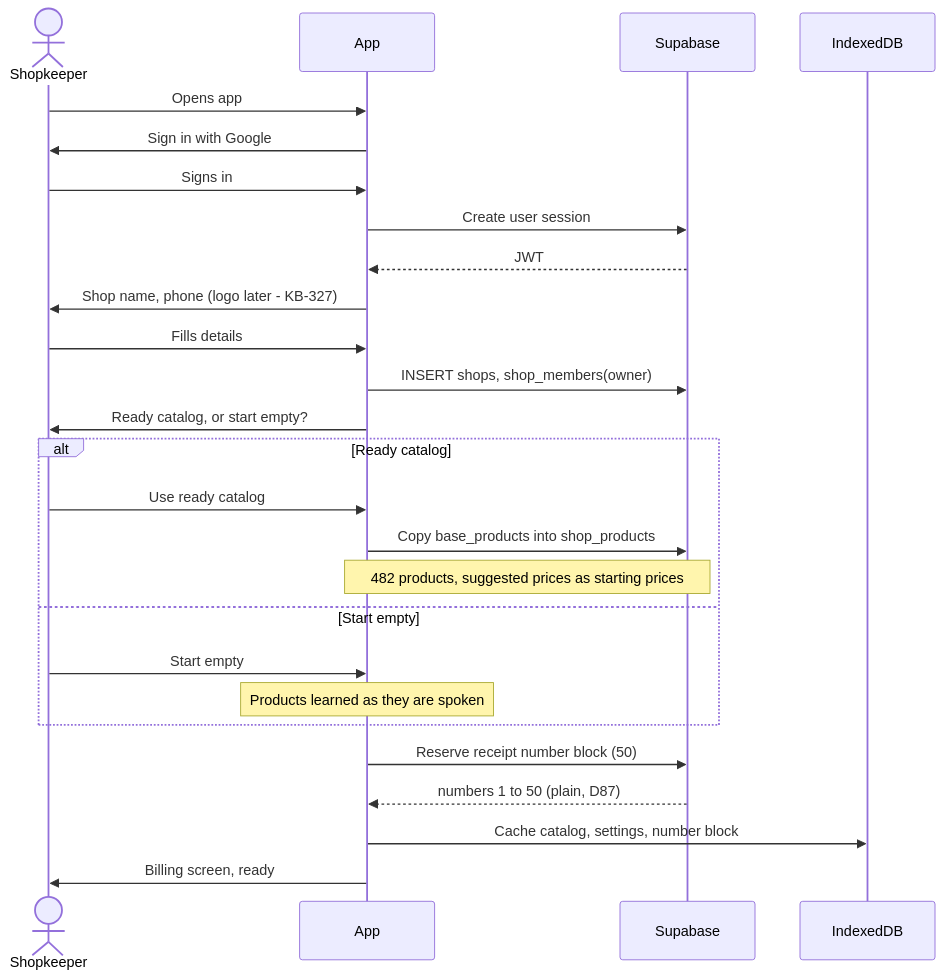
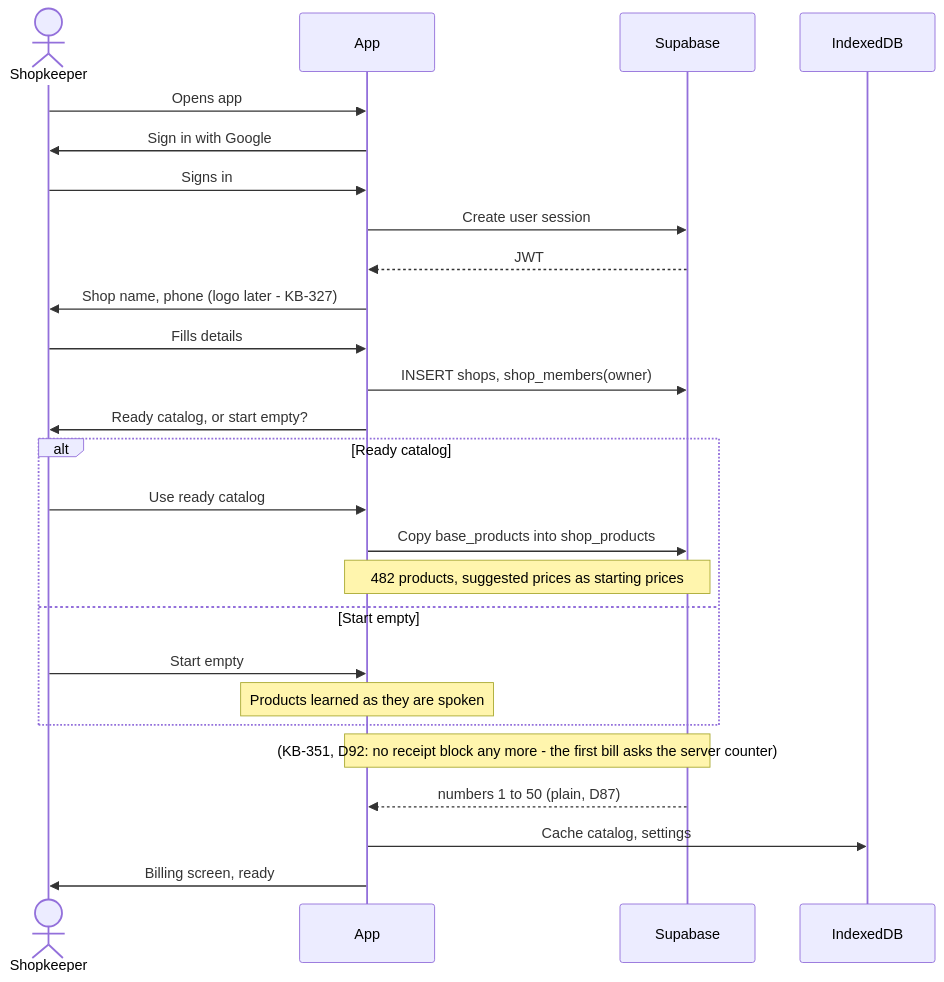
Before and after one commit to anshg05/kiranabill: the second of 8 diagrams in docs/16-APP-FLOW.md, drawn with Mermaid. The commit also changed other lines of this file and 67 other files, not shown here.

````diff
--- a/docs/16-APP-FLOW.md
+++ b/docs/16-APP-FLOW.md
@@ -45,32 +45,32 @@
 ```mermaid
 sequenceDiagram
     actor Shopkeeper
     participant App
     participant Supabase
     participant Local as IndexedDB
 
     Shopkeeper->>App: Opens app
     App->>Shopkeeper: Sign in with Google
     Shopkeeper->>App: Signs in
     App->>Supabase: Create user session
     Supabase-->>App: JWT
 
     App->>Shopkeeper: Shop name, phone (logo later - KB-327)
     Shopkeeper->>App: Fills details
     App->>Supabase: INSERT shops, shop_members(owner)
 
     App->>Shopkeeper: Ready catalog, or start empty?
     alt Ready catalog
         Shopkeeper->>App: Use ready catalog
         App->>Supabase: Copy base_products into shop_products
         Note over App,Supabase: 482 products, suggested prices as starting prices
     else Start empty
         Shopkeeper->>App: Start empty
         Note over App: Products learned as they are spoken
     end
 
-    App->>Supabase: Reserve receipt number block (50)
+    Note over App,Supabase: (KB-351, D92: no receipt block any more - the first bill asks the server counter)
     Supabase-->>App: numbers 1 to 50 (plain, D87)
-    App->>Local: Cache catalog, settings, number block
+    App->>Local: Cache catalog, settings
     App->>Shopkeeper: Billing screen, ready
 ```
````
